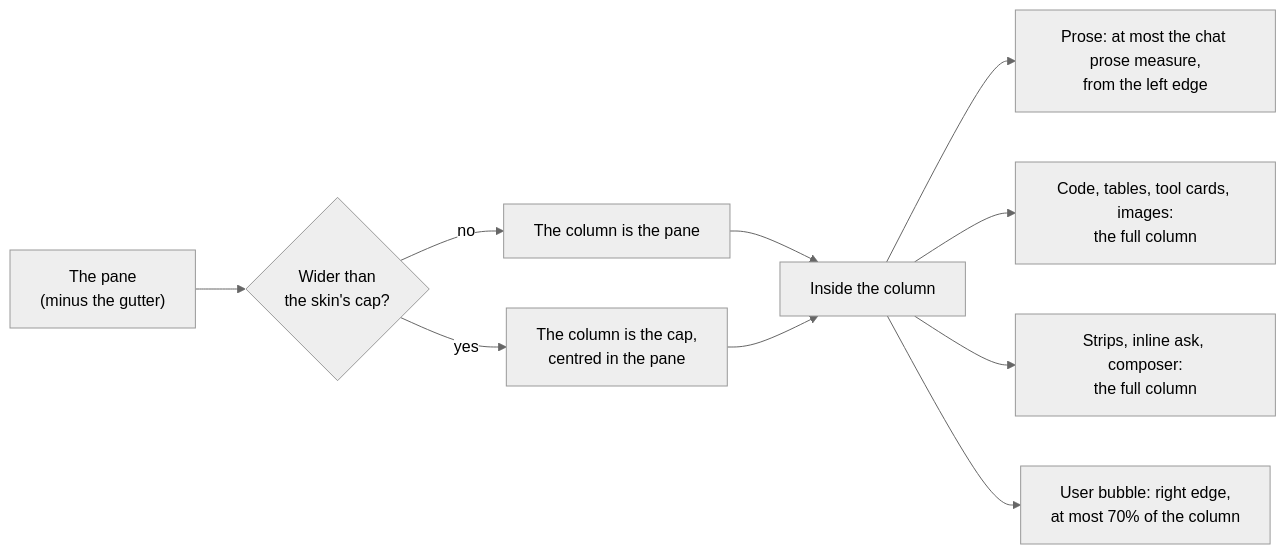
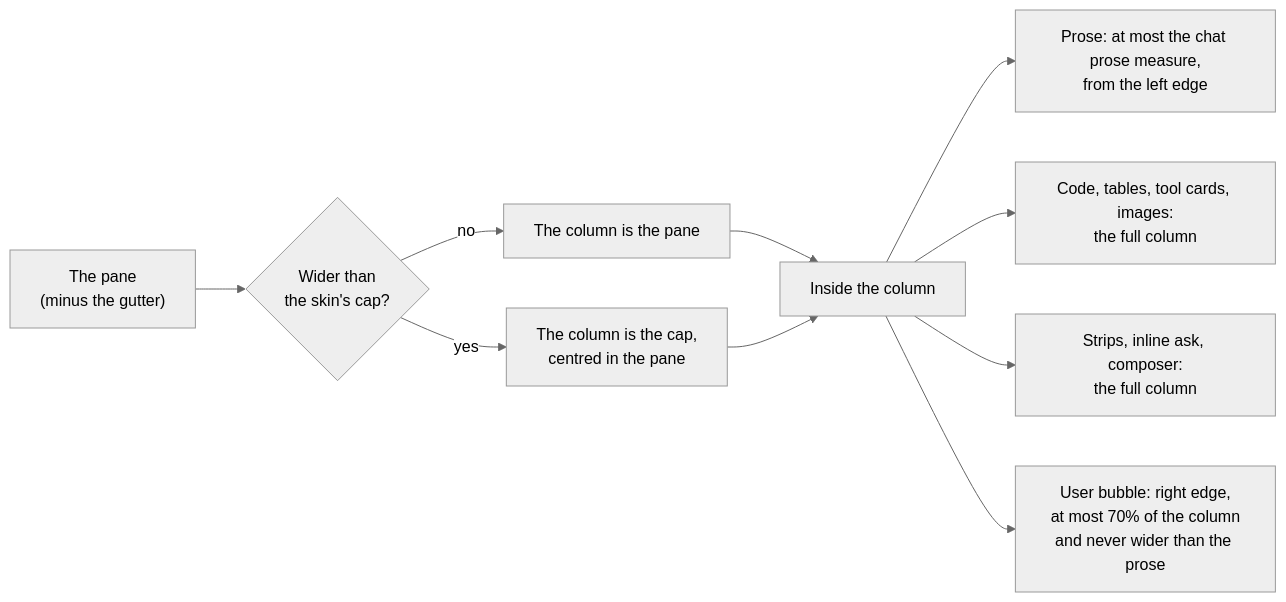
One commit to Synapsium-Labs/ccrc-pwa changed the first of 3 diagrams in docs/superpowers/specs/2026-11-06-chat-reading-design.md. Above: the diagram before and after it, drawn with Mermaid (neutral theme). The commit also changed other lines of this file and 1 other file, not shown here.

````diff
--- a/docs/superpowers/specs/2026-11-06-chat-reading-design.md
+++ b/docs/superpowers/specs/2026-11-06-chat-reading-design.md
@@ -45,12 +45,12 @@
 ```mermaid
 flowchart LR
   f1P["The pane<br/>(minus the gutter)"] --> f1C{"Wider than<br/>the skin's cap?"}
   f1C -- "no" --> f1F["The column is the pane"]
   f1C -- "yes" --> f1K["The column is the cap,<br/>centred in the pane"]
   f1F --> f1S["Inside the column"]
   f1K --> f1S
   f1S --> f1PR["Prose: at most the chat prose measure,<br/>from the left edge"]
   f1S --> f1W["Code, tables, tool cards, images:<br/>the full column"]
   f1S --> f1B["Strips, inline ask, composer:<br/>the full column"]
-  f1S --> f1U["User bubble: right edge,<br/>at most 70% of the column"]
+  f1S --> f1U["User bubble: right edge,<br/>at most 70% of the column<br/>and never wider than the prose"]
 ```
````
